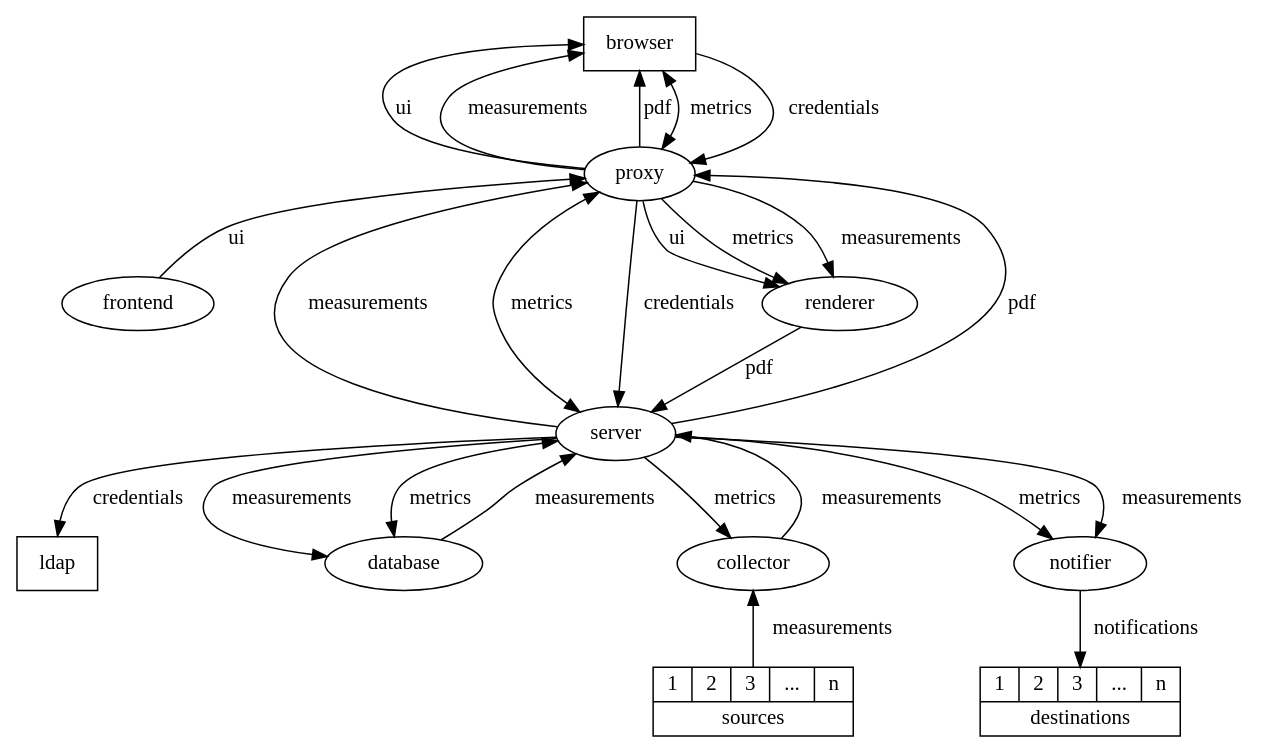
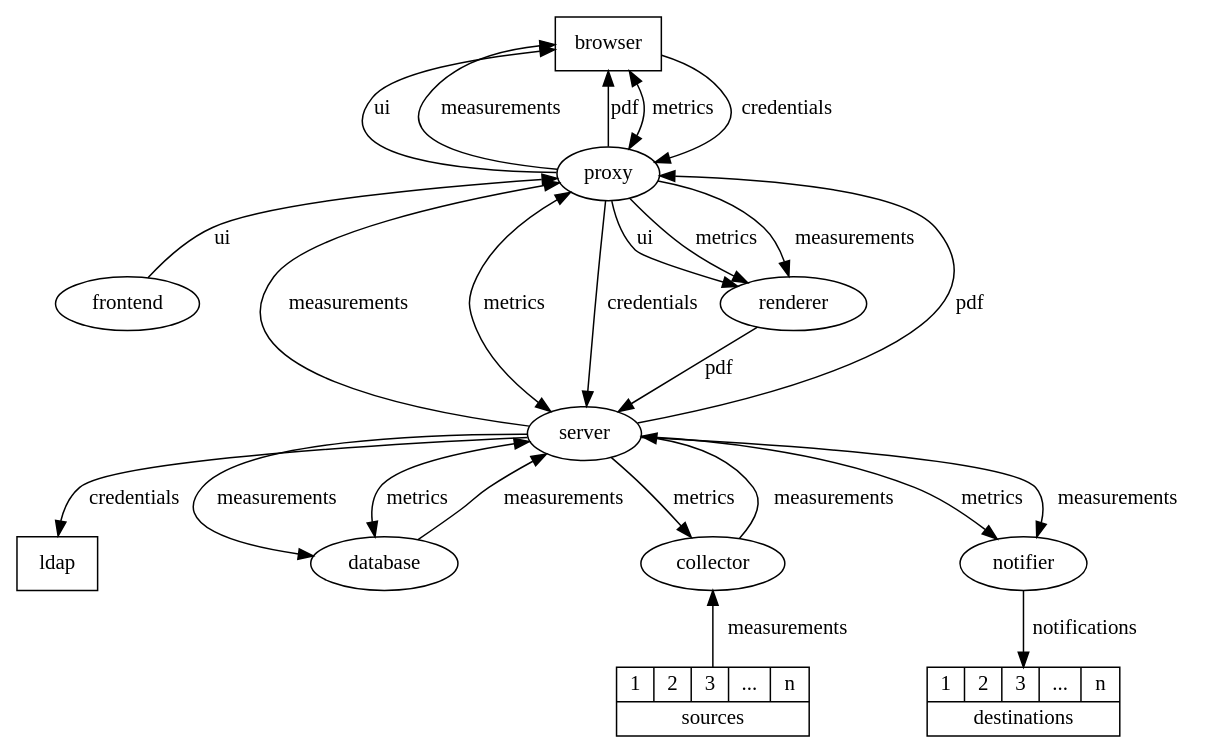
Before and after one commit to ICTU/quality-time: the diagram in docs/src/components-light.dot, drawn with Graphviz. The commit also changed 1 other file, not shown here.

```diff
--- a/docs/src/components-light.dot
+++ b/docs/src/components-light.dot
@@ -1,31 +1,33 @@
 digraph {
-  graph [bcolor=transparant]
+  graph [bcolor=transparant, fontname="SFMono-Regular"]
+  node [fontname="SFMono-Regular"]
+  edge [fontname="SFMono-Regular"]
   browser [shape=rectangle]
   ldap [shape=rectangle]
   browser -> proxy [label=ui, dir="back"]
   browser -> proxy [label=measurements, dir="back"]
   browser -> proxy [label=pdf, dir="back"]
   browser -> proxy [label=metrics, dir="both"]
   proxy -> frontend [label=ui, dir="back"]
   proxy -> server [label=measurements, dir="back"]
   proxy -> server [label=metrics, dir="both"]
   server -> database [label=measurements]
   database -> server [label=measurements]
   server -> database [label=metrics, dir="both"]
   collector -> server [label=measurements]
   server -> collector [label=metrics]
   collector -> source [label=measurements, dir="back"]
   server -> notifier [label=metrics]
   server -> notifier [label=measurements]
   notifier -> destination [label=notifications]
   proxy -> renderer [label=ui]
   proxy -> renderer [label=metrics]
   proxy -> renderer [label=measurements]
   renderer -> server [label=pdf]
   server -> proxy [label=pdf]
   browser -> proxy [label=credentials]
   proxy -> server [label=credentials]
   server -> ldap [label=credentials]
   source [label="{{1|2|3|...|n}|sources}" shape=record]
   destination [label="{{1|2|3|...|n}|destinations}" shape=record]
 }
```
